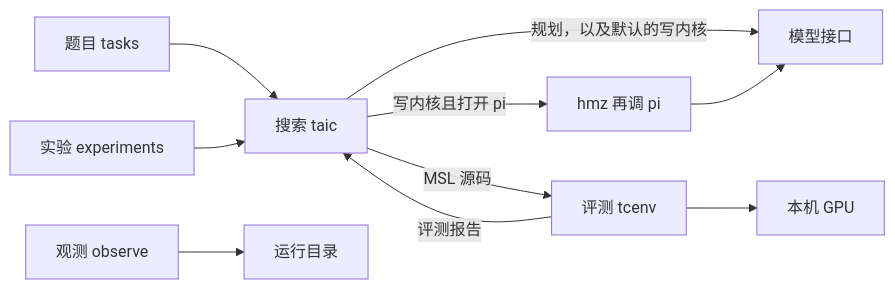
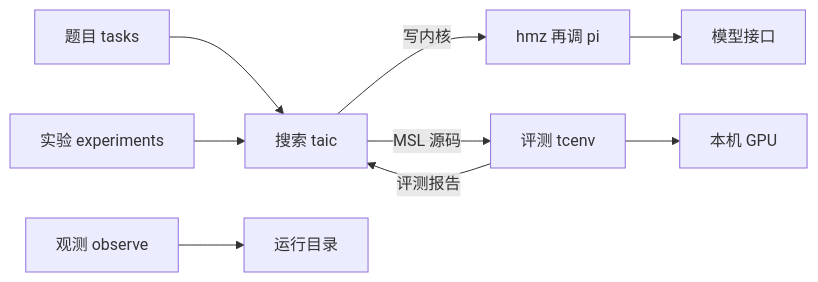
One commit to kuafuwang/ShapeForge changed the first of 2 diagrams in docs/架构说明.md. Above: the diagram before and after it, drawn with Mermaid. The commit also changed other lines of this file and 20 other files, not shown here.

````diff
--- a/docs/架构说明.md
+++ b/docs/架构说明.md
@@ -132,12 +133,11 @@
 ```mermaid
 flowchart LR
   tasks["题目 tasks"] --> taic["搜索 taic"]
-  taic -->|"规划，以及默认的写内核"| llm["模型接口"]
-  taic -->|"写内核且打开 pi"| hmz["hmz 再调 pi"]
-  hmz --> llm
+  taic -->|"写内核"| hmz["hmz 再调 pi"]
+  hmz --> llm["模型接口"]
   taic -->|"MSL 源码"| tcenv["评测 tcenv"]
   tcenv -->|"评测报告"| taic
   tcenv --> gpu["本机 GPU"]
   experiments["实验 experiments"] --> taic
   observe["观测 observe"] --> runs["运行目录"]
 ```
````
